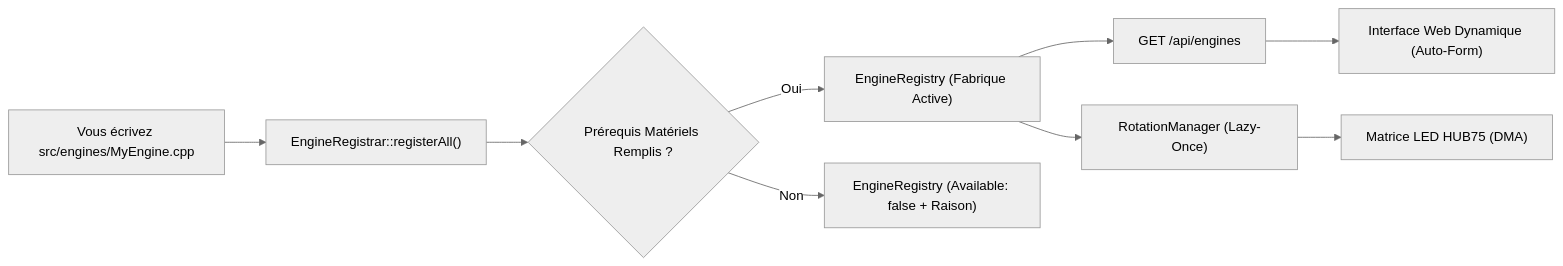
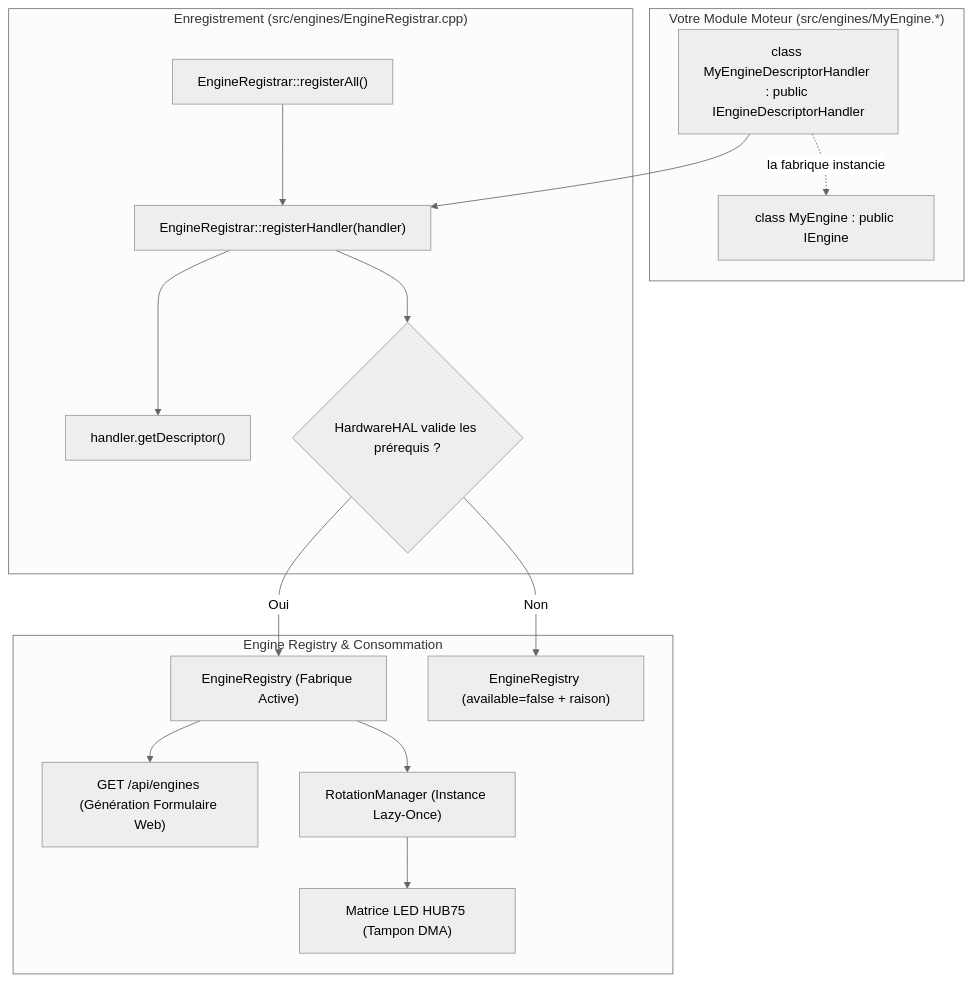
One commit to red77290/ArcadeMatrix changed the diagram in docs/DEVELOPER_FR.md. Above: the diagram before and after it, drawn with Mermaid (neutral theme). The commit also changed other lines of this file and 29 other files, not shown here.

Commit message:
refactor(engines): modularize engine registration with IEngineDescriptorHandler and update docs

````diff
--- a/docs/DEVELOPER_FR.md
+++ b/docs/DEVELOPER_FR.md
@@ -36,11 +36,25 @@
 ```mermaid
-flowchart LR
-    DEV["Vous écrivez src/engines/MyEngine.cpp"] --> REGT["EngineRegistrar::registerAll()"]
-    REGT --> GATING{Prérequis Matériels Remplis ?}
-    GATING -->|"Oui"| REG["EngineRegistry (Fabrique Active)"]
-    GATING -->|"Non"| REG2["EngineRegistry (Available: false + Raison)"]
-    REG --> API["GET /api/engines"]
-    API --> UI["Interface Web Dynamique (Auto-Form)"]
-    REG --> RM["RotationManager (Lazy-Once)"]
-    RM --> SCREEN["Matrice LED HUB75 (DMA)"]
+flowchart TD
+    subgraph ModuleMoteur["Votre Module Moteur (src/engines/MyEngine.*)"]
+        ENG["class MyEngine : public IEngine"]
+        HND["class MyEngineDescriptorHandler : public IEngineDescriptorHandler"]
+        HND -.->|"la fabrique instancie"| ENG
+    end
+
+    subgraph Registre["Enregistrement (src/engines/EngineRegistrar.cpp)"]
+        REGT["EngineRegistrar::registerAll()"]
+        REGT --> CALL["EngineRegistrar::registerHandler(handler)"]
+        CALL --> GET["handler.getDescriptor()"]
+        CALL --> GATING{HardwareHAL valide les prérequis ?}
+    end
+
+    subgraph Core["Engine Registry & Consommation"]
+        GATING -->|"Oui"| REG["EngineRegistry (Fabrique Active)"]
+        GATING -->|"Non"| REG2["EngineRegistry (available=false + raison)"]
+        REG --> API["GET /api/engines (Génération Formulaire Web)"]
+        REG --> RM["RotationManager (Instance Lazy-Once)"]
+        RM --> SCREEN["Matrice LED HUB75 (Tampon DMA)"]
+    end
+
+    HND --> CALL
 ```
````
